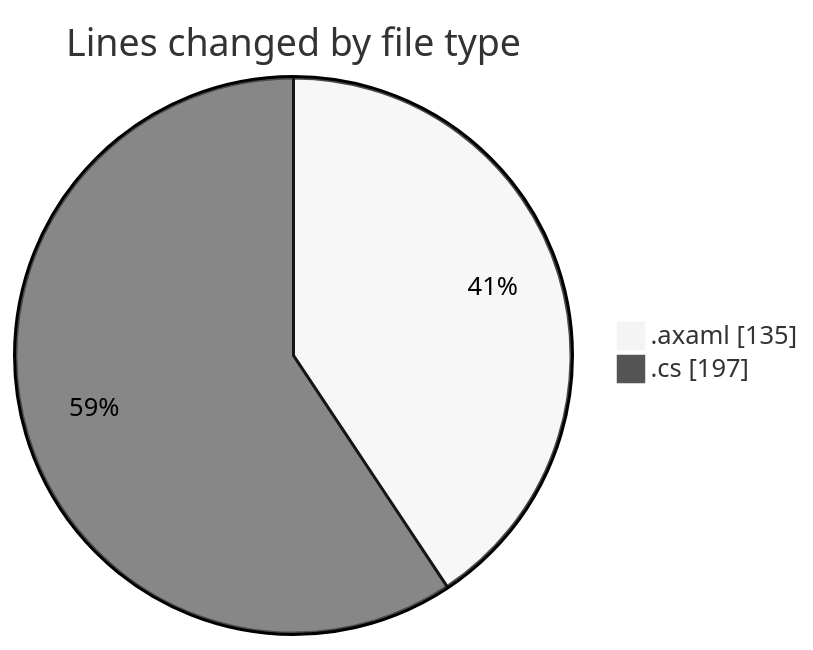
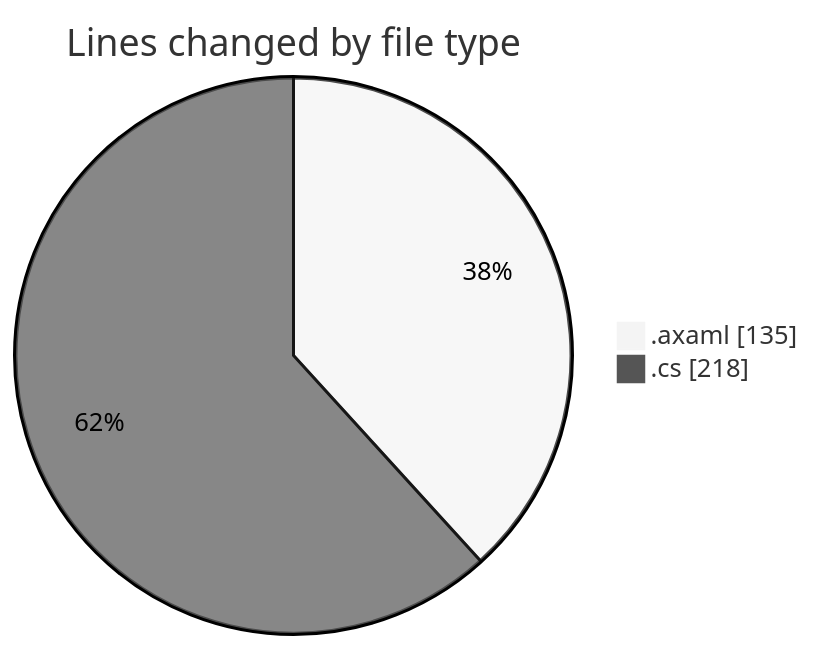
Before and after one commit to Netris89/code-tracking: the first of 2 diagrams in 2025-10-30/skintrack/README.md, drawn with Mermaid (neutral theme). The commit also changed other lines of this file and 1 other file, not shown here.

````diff
--- a/2025-10-30/skintrack/README.md
+++ b/2025-10-30/skintrack/README.md
@@ -25,6 +25,6 @@
 ```mermaid
 pie showData
 title Lines changed by file type
 ".axaml" : 135
-".cs" : 197
+".cs" : 218
 ```
````
